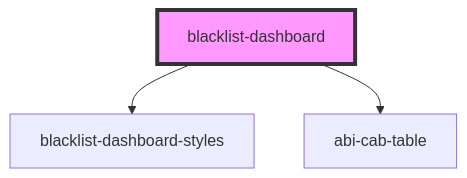
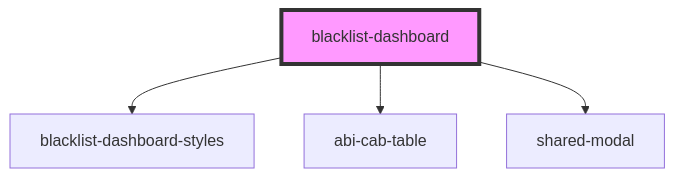
The diagram in src/components/blacklist-dashboard/readme.md (chiarazetaa/sorgenia-blacklist-webcomponent), drawn with Mermaid before and after one commit. The commit also changed other lines of this file and 3 other files, not shown here.

````diff
--- a/src/components/blacklist-dashboard/readme.md
+++ b/src/components/blacklist-dashboard/readme.md
@@ -23,6 +24,7 @@
 ```mermaid
 graph TD;
   blacklist-dashboard --> blacklist-dashboard-styles
   blacklist-dashboard --> abi-cab-table
+  blacklist-dashboard --> shared-modal
   style blacklist-dashboard fill:#f9f,stroke:#333,stroke-width:4px
 ```
````
